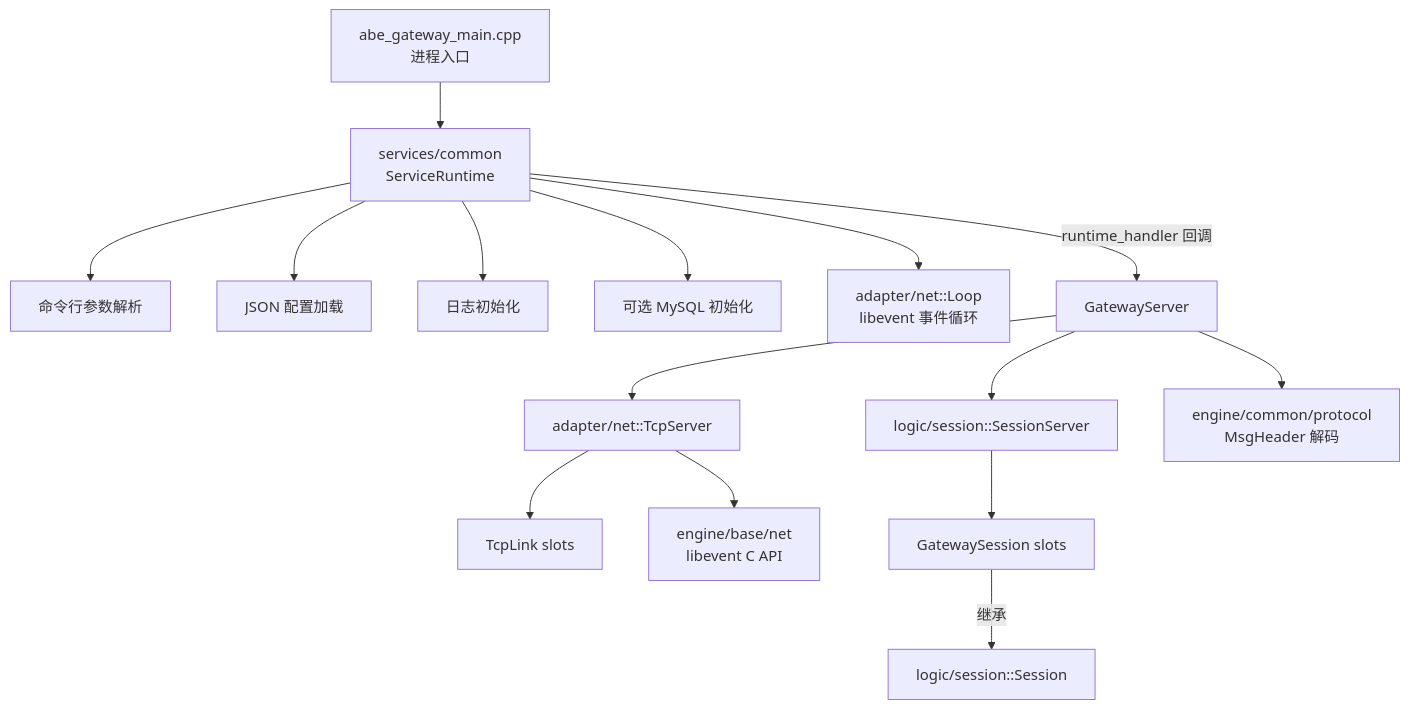
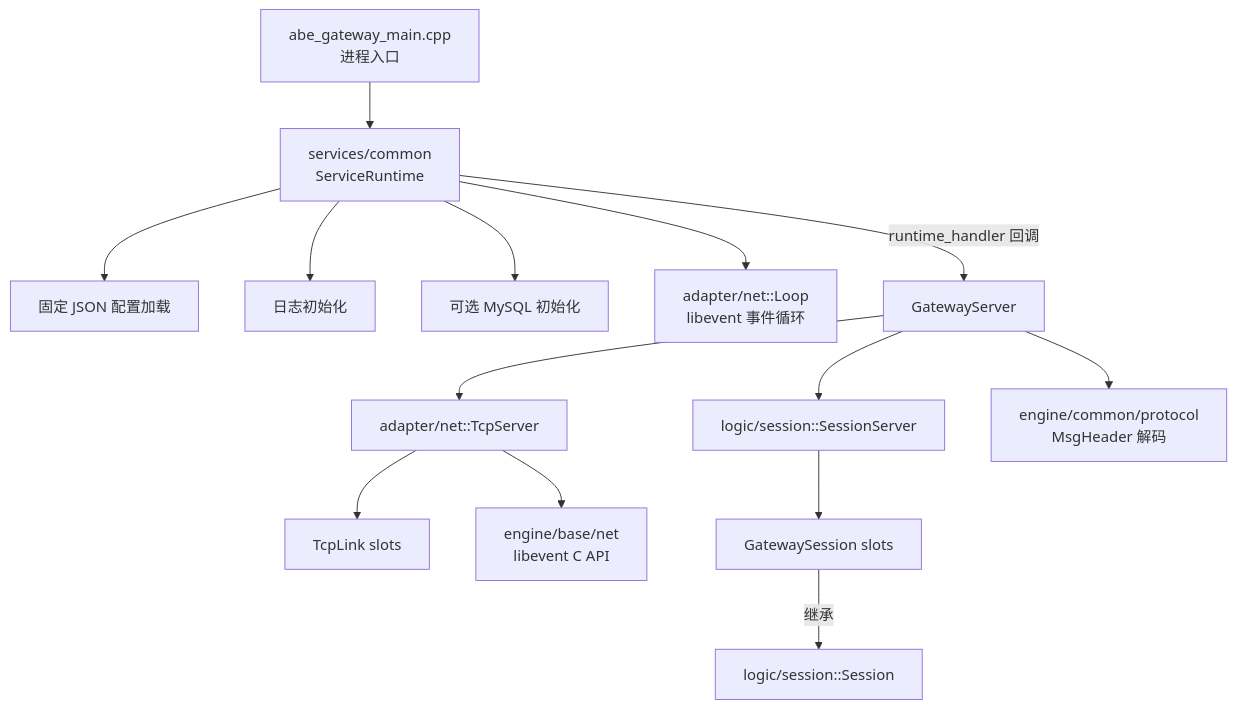
The first of 2 diagrams in doc/remain.md (drog791109/abe_egine), drawn with Mermaid before and after one commit. The commit also changed other lines of this file and 18 other files, not shown here.

````diff
--- a/doc/remain.md
+++ b/doc/remain.md
@@ -1,22 +1,21 @@
 ```mermaid
 flowchart TD
     Main[abe_gateway_main.cpp<br/>进程入口] --> Runtime[services/common<br/>ServiceRuntime]
 
-    Runtime --> Args[命令行参数解析]
-    Runtime --> Config[JSON 配置加载]
+    Runtime --> Config[固定 JSON 配置加载]
     Runtime --> Log[日志初始化]
     Runtime --> DB[可选 MySQL 初始化]
     Runtime --> Loop[adapter/net::Loop<br/>libevent 事件循环]
 
     Runtime -- runtime_handler 回调 --> GatewayServer[GatewayServer]
 
     GatewayServer --> TcpServer[adapter/net::TcpServer]
     TcpServer --> TcpLink[TcpLink slots]
     TcpServer --> BaseNet[engine/base/net<br/>libevent C API]
 
     GatewayServer --> SessionServer[logic/session::SessionServer]
     SessionServer --> GatewaySession[GatewaySession slots]
     GatewaySession -- 继承 --> Session[logic/session::Session]
 
     GatewayServer --> Protocol[engine/common/protocol<br/>MsgHeader 解码]
 ```
````
